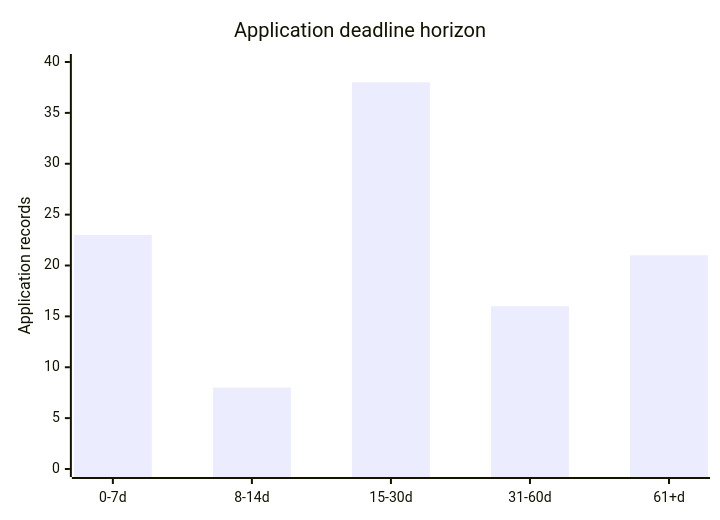
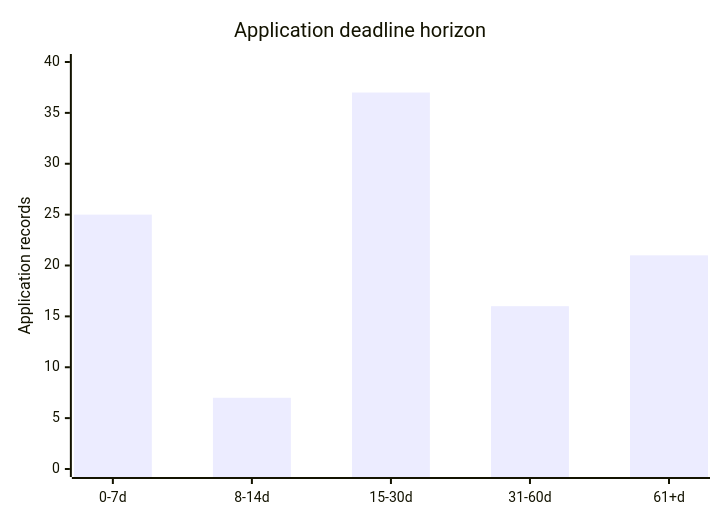
One commit to Armanasq/phd_tracker changed the diagram in docs/diagrams/deadline_xy.mmd. Above: the diagram before and after it, drawn with Mermaid. The commit also changed 35 other files, not shown here.

```diff
--- a/docs/diagrams/deadline_xy.mmd
+++ b/docs/diagrams/deadline_xy.mmd
@@ -1,5 +1,5 @@
 xychart-beta
     title "Application deadline horizon"
     x-axis ["0-7d", "8-14d", "15-30d", "31-60d", "61+d"]
     y-axis "Application records" 0 --> 40
-    bar [23, 8, 38, 16, 21]
+    bar [25, 7, 37, 16, 21]
```
